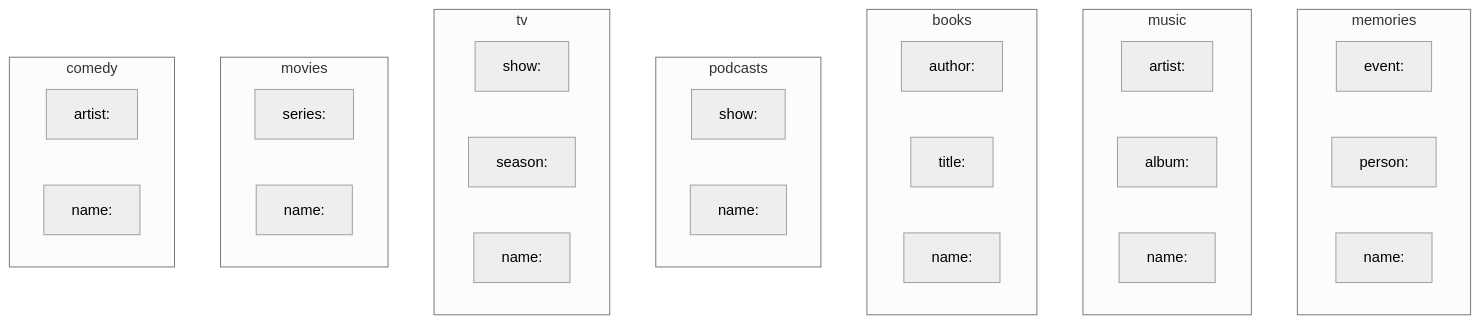
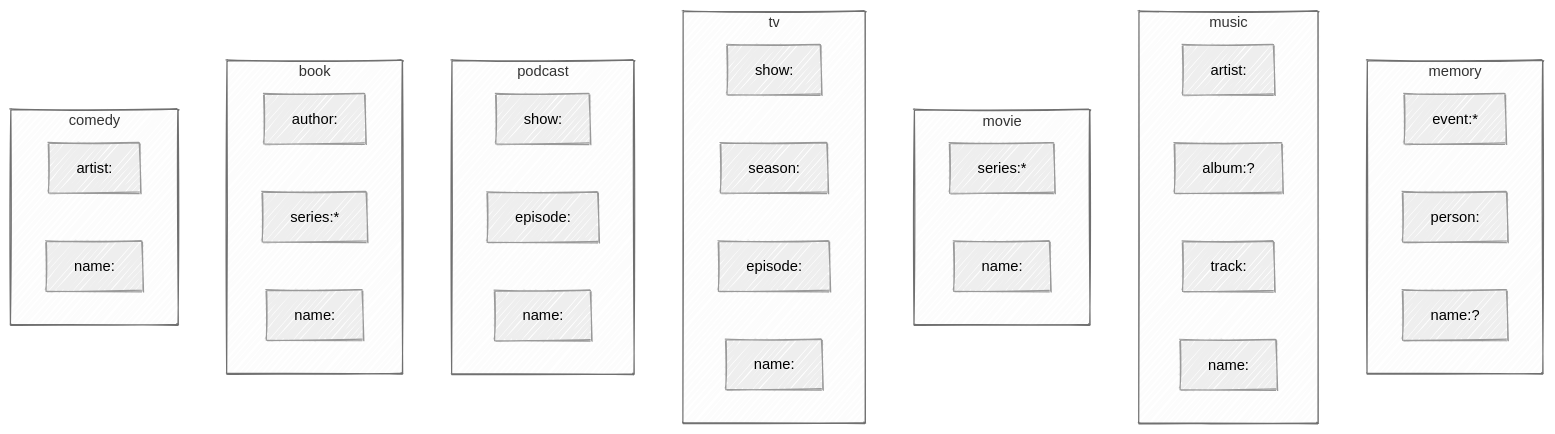
The third of 5 diagrams in SPEC.md (chris-peterson/pinpoint), drawn with Mermaid (neutral theme) before and after one commit. The commit also changed other lines of this file and 24 other files, not shown here.

````diff
--- a/SPEC.md
+++ b/SPEC.md
@@ -108,35 +163,42 @@
 ```mermaid
+---
+config:
+  look: handDrawn
+---
 graph TD
-    subgraph memories
-        event["event:"]
+    subgraph memory
+        event["event:*"]
         person["person:"]
-        name_m["name:"]
+        name_m["name:?"]
     end
     subgraph music
         artist_mu["artist:"]
-        album["album:"]
+        album["album:?"]
+        track["track:"]
         name_mu["name:"]
     end
-    subgraph books
-        author["author:"]
-        title["title:"]
-        name_b["name:"]
-    end
-    subgraph podcasts
-        show_p["show:"]
-        name_p["name:"]
+    subgraph movie
+        series_mv["series:*"]
+        name_mv["name:"]
     end
     subgraph tv
         show_t["show:"]
         season["season:"]
+        episode_t["episode:"]
         name_t["name:"]
     end
-    subgraph movies
-        series["series:"]
-        name_mv["name:"]
+    subgraph podcast
+        show_p["show:"]
+        episode_p["episode:"]
+        name_p["name:"]
+    end
+    subgraph book
+        author["author:"]
+        series_b["series:*"]
+        name_b["name:"]
     end
     subgraph comedy
         artist_c["artist:"]
         name_c["name:"]
     end
 ```
````
